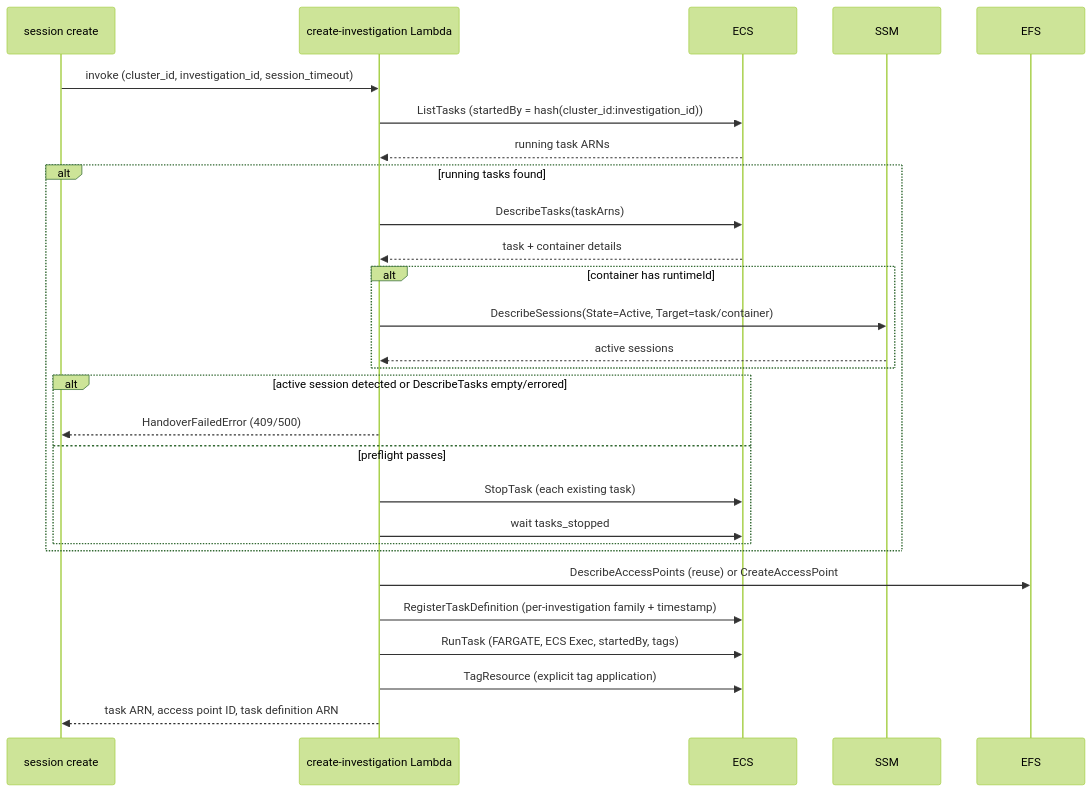
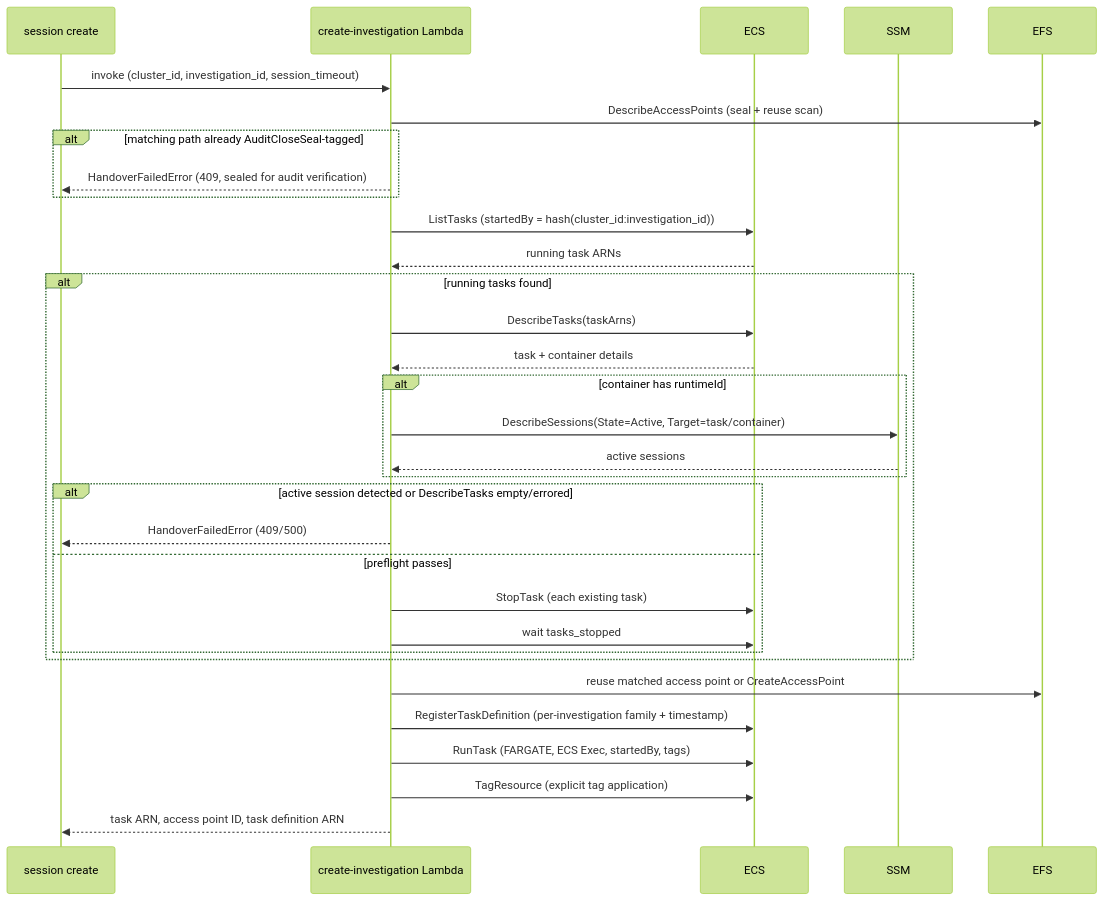
Before and after one commit to openshift-online/rosa-boundary: the diagram in openwiki/workflows/investigation-lifecycle.md, drawn with Mermaid (forest theme). The commit also changed other lines of this file and 36 other files, not shown here.

````diff
--- a/openwiki/workflows/investigation-lifecycle.md
+++ b/openwiki/workflows/investigation-lifecycle.md
@@ -79,31 +91,35 @@
 ```mermaid
 sequenceDiagram
     participant CLI as session create
     participant Lambda as create-investigation Lambda
     participant ECS
     participant SSM
     participant EFS
 
     CLI->>Lambda: invoke (cluster_id, investigation_id, session_timeout)
+    Lambda->>EFS: DescribeAccessPoints (seal + reuse scan)
+    alt matching path already AuditCloseSeal-tagged
+        Lambda-->>CLI: HandoverFailedError (409, sealed for audit verification)
+    end
     Lambda->>ECS: ListTasks (startedBy = hash(cluster_id:investigation_id))
     ECS-->>Lambda: running task ARNs
     alt running tasks found
         Lambda->>ECS: DescribeTasks(taskArns)
         ECS-->>Lambda: task + container details
         alt container has runtimeId
             Lambda->>SSM: DescribeSessions(State=Active, Target=task/container)
             SSM-->>Lambda: active sessions
         end
         alt active session detected or DescribeTasks empty/errored
             Lambda-->>CLI: HandoverFailedError (409/500)
         else preflight passes
             Lambda->>ECS: StopTask (each existing task)
             Lambda->>ECS: wait tasks_stopped
         end
     end
-    Lambda->>EFS: DescribeAccessPoints (reuse) or CreateAccessPoint
+    Lambda->>EFS: reuse matched access point or CreateAccessPoint
     Lambda->>ECS: RegisterTaskDefinition (per-investigation family + timestamp)
     Lambda->>ECS: RunTask (FARGATE, ECS Exec, startedBy, tags)
     Lambda->>ECS: TagResource (explicit tag application)
     Lambda-->>CLI: task ARN, access point ID, task definition ARN
 ```
````
